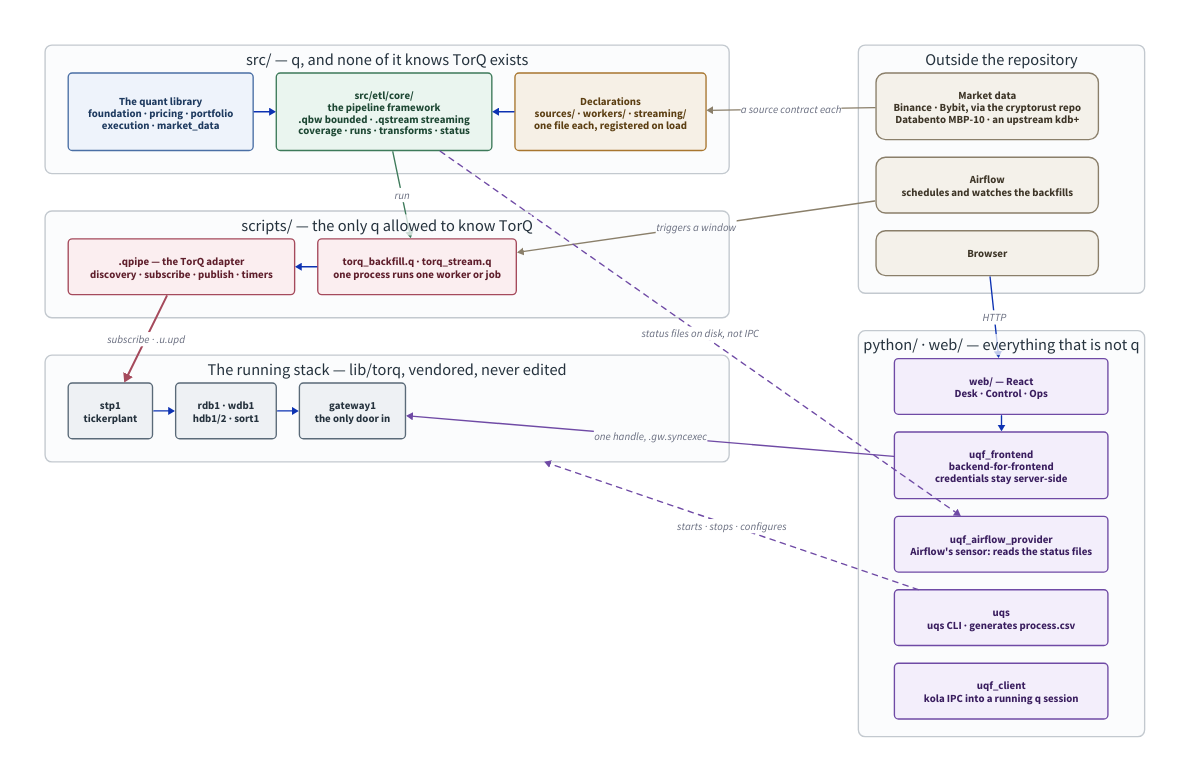
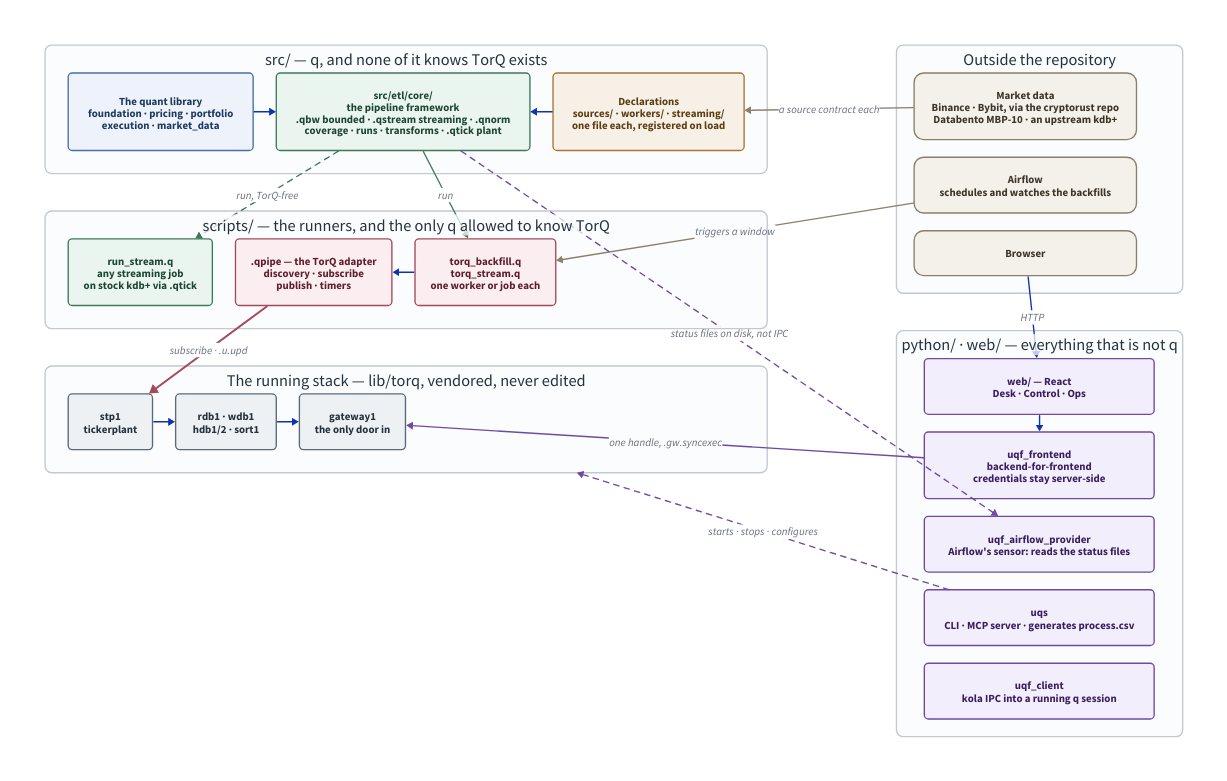
The diagram in docs/diagrams/repo-overview.d2 (kwojdalski/uqf), drawn with D2 before and after one commit. The commit also changed 1 other file, not shown here.

Commit message:
repo-overview: draw the TorQ-free path the diagram said did not exist
The one-page diagram said every arrow into the stack passes through
.qpipe. Since .qtick and run_stream.q, any streaming job also runs on
stock kdb+ with no lib/torq, so scripts/ gains run_stream.q beside the
TorQ runners, with a dashed "run, TorQ-free" edge from src/etl/core/.
The framework box names .qnorm and the .qtick plant, and the uqs box
names its MCP server.

run_stream.q sits at the far left and the band's labels wrap, so
Airflow's edge and the status-file edge keep the clear paths they had.

Claude-Session: https://claude.ai/code/session_0159jvRhypR4mvdm4tfCj3EM

```diff
--- a/docs/diagrams/repo-overview.d2
+++ b/docs/diagrams/repo-overview.d2
@@ -19,7 +19,13 @@
 # recorder instead of a tickerplant. Exactly one namespace may know TorQ
 # exists - .qpipe, in scripts/ - and scripts/gates/check_etl_layering.py fails the
 # build if anything under src/etl/ reaches for it. So the adapter gets its
-# own band, and every arrow into the stack passes through it.
+# own band, and every arrow into the TorQ stack passes through it.
+#
+# TorQ is not the only way to run a job any more, and the band says so:
+# run_stream.q runs any streaming job on stock kdb+, against .qtick - a
+# plain-q tickerplant in src/etl/core/ - and never loads lib/torq. It sits in
+# scripts/ beside the TorQ runners because it is a runner too, but its arrow
+# stays inside the left column: it goes back to src/, not down to the stack.
 #
 # ON SIZE. A holistic diagram earns its place by being READ, so this is kept
 # to boxes a reader takes in at once: a directory each, one line of what it
@@ -143,23 +149,31 @@
     # edge crossed the band and dropped its label on top of the quant
     # library's.
     quant: "The quant library\nfoundation · pricing · portfolio\nexecution · market_data" { class: lib }
-    core: "src/etl/core/\nthe pipeline framework\n.qbw bounded · .qstream streaming\ncoverage · runs · transforms · status" { class: fw }
+    core: "src/etl/core/\nthe pipeline framework\n.qbw bounded · .qstream streaming · .qnorm\ncoverage · runs · transforms · .qtick plant" { class: fw }
     decls: "Declarations\nsources/ · workers/ · streaming/\none file each, registered on load" { class: decl }
 
     decls -> core
     quant -> core
   }
 
-  scripts: "scripts/ — the only q allowed to know TorQ" {
+  scripts: "scripts/ — the runners, and the only q allowed to know TorQ" {
     class: band
-    grid-columns: 2
+    grid-columns: 3
     grid-gap: 34
 
-    # Same rule: runners on the right, because Airflow triggers them from
-    # there, and .qpipe on the left, because the tickerplant it publishes
-    # into is the left-hand box of the band below.
-    qpipe: ".qpipe — the TorQ adapter\ndiscovery · subscribe · publish · timers" { class: adapter }
-    runners: "torq_backfill.q · torq_stream.q\none process runs one worker or job" { class: adapter }
+    # Same rule: the TorQ runners on the right, because Airflow triggers
+    # them from there, and .qpipe beside the tickerplant it publishes into
+    # in the band below. run_stream.q takes the far left: it has no edge
+    # leaving the band, and on the right Airflow's edge and the status-file
+    # edge both ran straight through it.
+    #
+    # The status-file edge from src/etl/core/ to the Airflow provider leaves
+    # across this band's right-hand gap. With one-line labels the three boxes
+    # spread far enough right to put the runners in its way, so the labels
+    # wrap and the boxes stay narrow enough to leave that gap clear.
+    standalone: "run_stream.q\nany streaming job\non stock kdb+ via .qtick" { class: fw }
+    qpipe: ".qpipe — the TorQ adapter\ndiscovery · subscribe\npublish · timers" { class: adapter }
+    runners: "torq_backfill.q\ntorq_stream.q\none worker or job each" { class: adapter }
 
     runners -> qpipe
   }
@@ -178,6 +192,10 @@
   }
 
   src.core -> scripts.runners: "run" { style.stroke: "#3d7a5a" }
+  src.core -> scripts.standalone: "run, TorQ-free" {
+    style.stroke: "#3d7a5a"
+    style.stroke-dash: 4
+  }
   scripts.qpipe -> stack.tp: "subscribe · .u.upd" {
     style.stroke: "#a54a5c"
     style.stroke-width: 3
@@ -212,7 +230,7 @@
     web: "web/ — React\nDesk · Control · Ops" { class: py }
     bff: "uqf_frontend\nbackend-for-frontend\ncredentials stay server-side" { class: py }
     provider: "uqf_airflow_provider\nAirflow's sensor: reads the status files" { class: py }
-    orch: "uqs\nuqs CLI · generates process.csv" { class: py }
+    orch: "uqs\nCLI · MCP server · generates process.csv" { class: py }
     client: "uqf_client\nkola IPC into a running q session" { class: py }
   }
 
```
